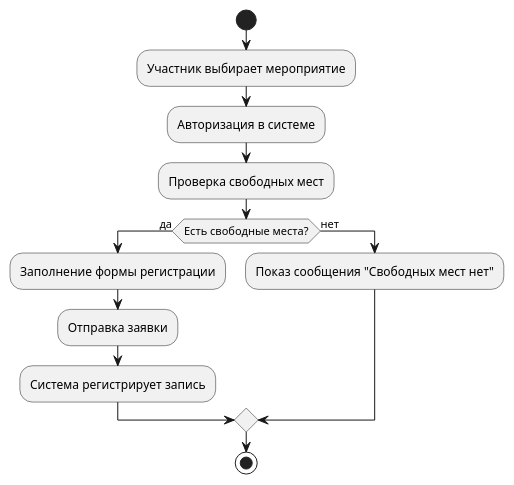
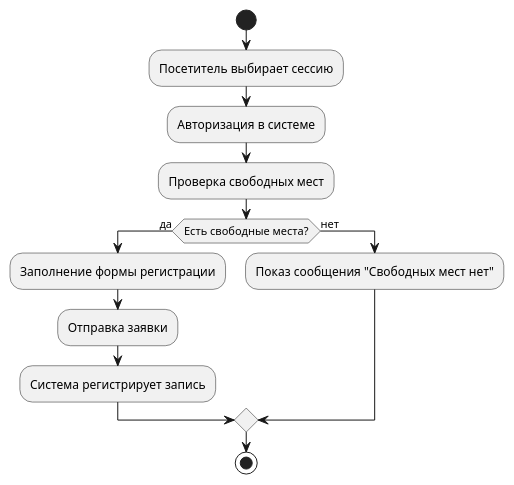
The diagram in block-scheme1.puml (damnedpunk/main), drawn with PlantUML before and after one commit.

Commit message:
block-scheme1.puml

```diff
--- a/block-scheme1.puml
+++ b/block-scheme1.puml
@@ -1,14 +1,14 @@
 @startuml
 start
-:Участник выбирает мероприятие;
+:Посетитель выбирает сессию;
 :Авторизация в системе;
 :Проверка свободных мест;
 if (Есть свободные места?) then (да)
     :Заполнение формы регистрации;
     :Отправка заявки;
     :Система регистрирует запись;
 else (нет)
     :Показ сообщения "Свободных мест нет";
 endif
 stop
 @enduml
```
